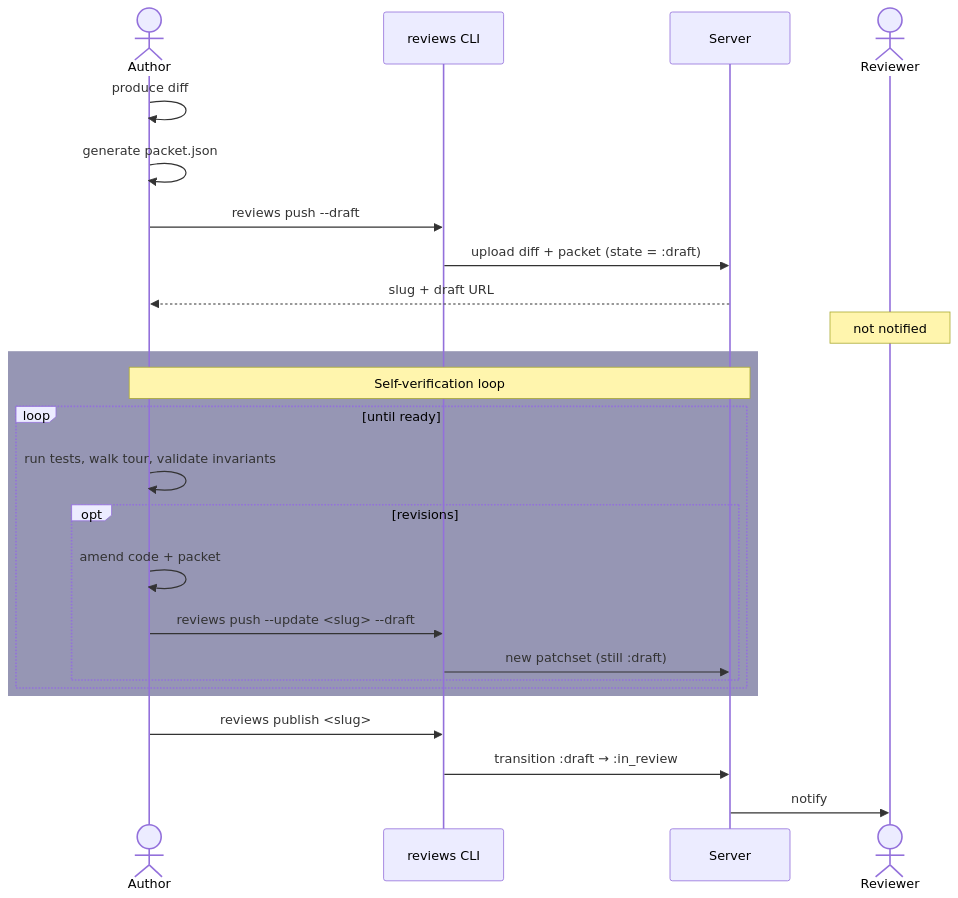
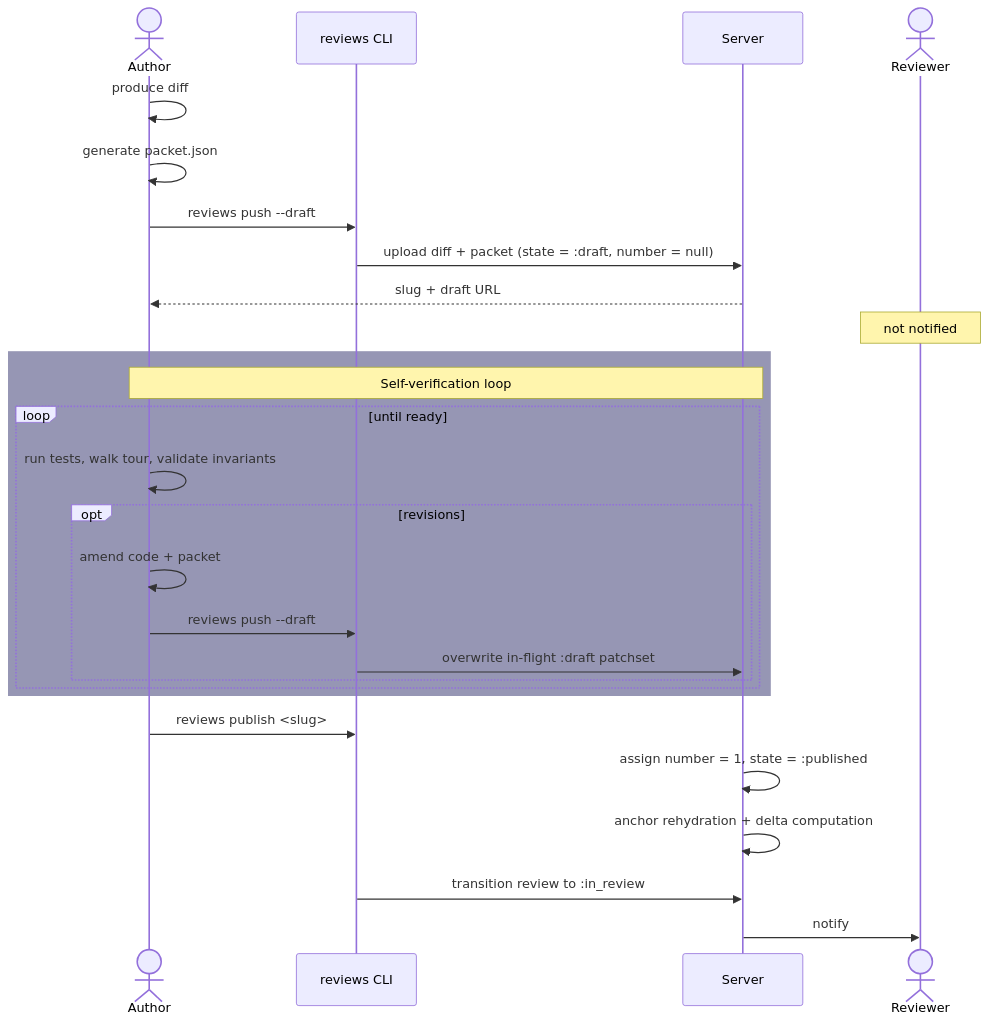
The second of 7 diagrams in .plans/review-packet-prd.md (figitaki/reviews), drawn with Mermaid before and after one commit. The commit also changed other lines of this file and 1 other file, not shown here.

First line of the commit message:
Apply draft-overwrite semantics + schema versioning to PRD and spec

````diff
--- a/.plans/review-packet-prd.md
+++ b/.plans/review-packet-prd.md
@@ -50,30 +50,32 @@
 ```mermaid
 sequenceDiagram
     actor Author as Author
     participant CLI as reviews CLI
     participant Server
     actor Reviewer
 
     Author->>Author: produce diff
     Author->>Author: generate packet.json
     Author->>CLI: reviews push --draft
-    CLI->>Server: upload diff + packet (state = :draft)
+    CLI->>Server: upload diff + packet (state = :draft, number = null)
     Server-->>Author: slug + draft URL
     Note over Reviewer: not notified
 
     rect rgb(150, 150, 180)
     Note over Author,Server: Self-verification loop
     loop until ready
       Author->>Author: run tests, walk tour, validate invariants
       opt revisions
         Author->>Author: amend code + packet
-        Author->>CLI: reviews push --update <slug> --draft
-        CLI->>Server: new patchset (still :draft)
+        Author->>CLI: reviews push --draft
+        CLI->>Server: overwrite in-flight :draft patchset
       end
     end
     end
 
     Author->>CLI: reviews publish <slug>
-    CLI->>Server: transition :draft → :in_review
+    Server->>Server: assign number = 1, state = :published
+    Server->>Server: anchor rehydration + delta computation
+    CLI->>Server: transition review to :in_review
     Server->>Reviewer: notify
 ```
````
